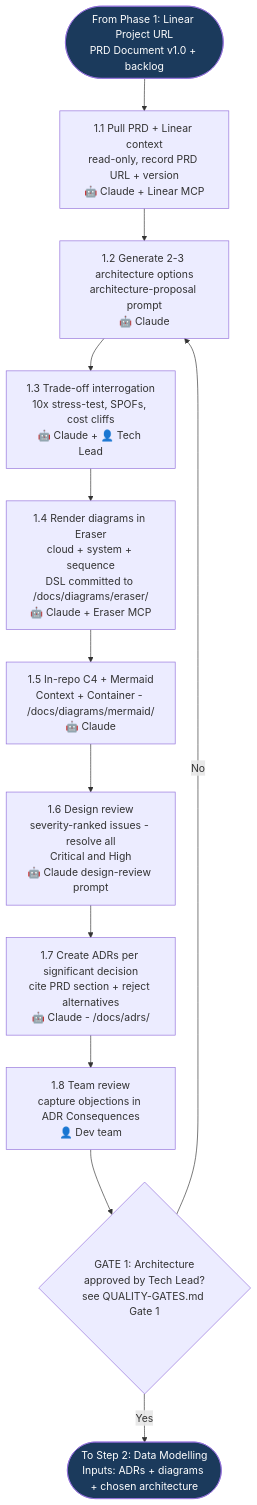
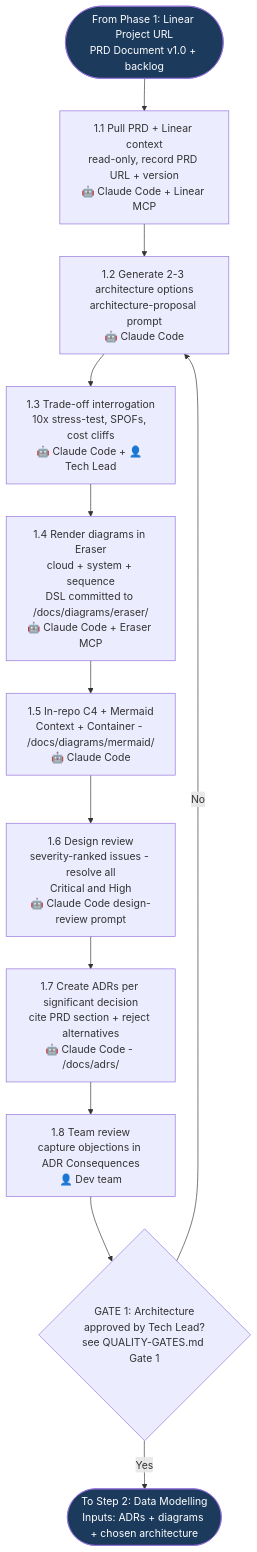
The second of 6 diagrams in aidlc-phases/02-system-design/FLOWCHART.md (kalpat-allion/ai-dlc), drawn with Mermaid before and after one commit. The commit also changed other lines of this file and 25 other files, not shown here.

````diff
--- a/aidlc-phases/02-system-design/FLOWCHART.md
+++ b/aidlc-phases/02-system-design/FLOWCHART.md
@@ -106,20 +96,20 @@
 ```mermaid
 flowchart TD
     A_IN([From Phase 1: Linear Project URL<br/>PRD Document v1.0 + backlog]) --> A1
 
-    A1[1.1 Pull PRD + Linear context<br/>read-only, record PRD URL + version<br/>🤖 Claude + Linear MCP] --> A2
-    A2[1.2 Generate 2-3 architecture options<br/>architecture-proposal prompt<br/>🤖 Claude] --> A3
-    A3[1.3 Trade-off interrogation<br/>10x stress-test, SPOFs, cost cliffs<br/>🤖 Claude + 👤 Tech Lead] --> A4
-    A4[1.4 Render diagrams in Eraser<br/>cloud + system + sequence<br/>DSL committed to /docs/diagrams/eraser/<br/>🤖 Claude + Eraser MCP] --> A5
-    A5[1.5 In-repo C4 + Mermaid<br/>Context + Container - /docs/diagrams/mermaid/<br/>🤖 Claude] --> A6
-    A6[1.6 Design review<br/>severity-ranked issues - resolve all<br/>Critical and High<br/>🤖 Claude design-review prompt] --> A7
-    A7[1.7 Create ADRs per significant decision<br/>cite PRD section + reject alternatives<br/>🤖 Claude - /docs/adrs/] --> A8
+    A1[1.1 Pull PRD + Linear context<br/>read-only, record PRD URL + version<br/>🤖 Claude Code + Linear MCP] --> A2
+    A2[1.2 Generate 2-3 architecture options<br/>architecture-proposal prompt<br/>🤖 Claude Code] --> A3
+    A3[1.3 Trade-off interrogation<br/>10x stress-test, SPOFs, cost cliffs<br/>🤖 Claude Code + 👤 Tech Lead] --> A4
+    A4[1.4 Render diagrams in Eraser<br/>cloud + system + sequence<br/>DSL committed to /docs/diagrams/eraser/<br/>🤖 Claude Code + Eraser MCP] --> A5
+    A5[1.5 In-repo C4 + Mermaid<br/>Context + Container - /docs/diagrams/mermaid/<br/>🤖 Claude Code] --> A6
+    A6[1.6 Design review<br/>severity-ranked issues - resolve all<br/>Critical and High<br/>🤖 Claude Code design-review prompt] --> A7
+    A7[1.7 Create ADRs per significant decision<br/>cite PRD section + reject alternatives<br/>🤖 Claude Code - /docs/adrs/] --> A8
     A8[1.8 Team review<br/>capture objections in ADR Consequences<br/>👤 Dev team] --> G1
 
     G1{GATE 1: Architecture<br/>approved by Tech Lead?<br/>see QUALITY-GATES.md Gate 1}
     G1 -- No --> A2
     G1 -- Yes --> A_OUT([To Step 2: Data Modelling<br/>Inputs: ADRs + diagrams + chosen architecture])
 
     style A_IN fill:#1B3A5C,color:#fff
     style A_OUT fill:#1B3A5C,color:#fff
 ```
````
